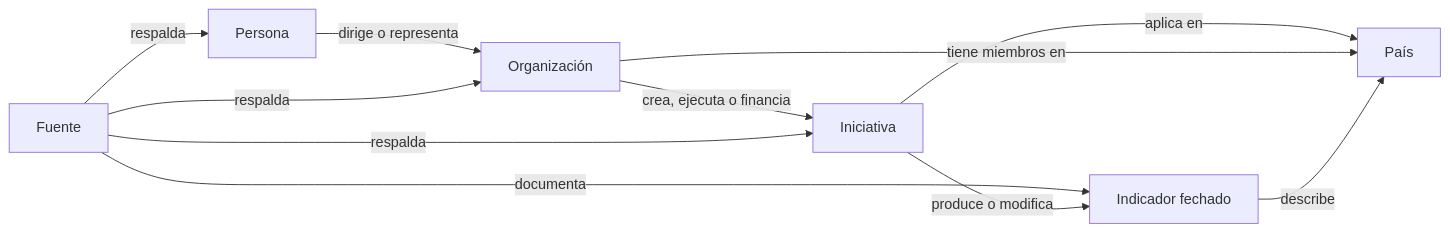
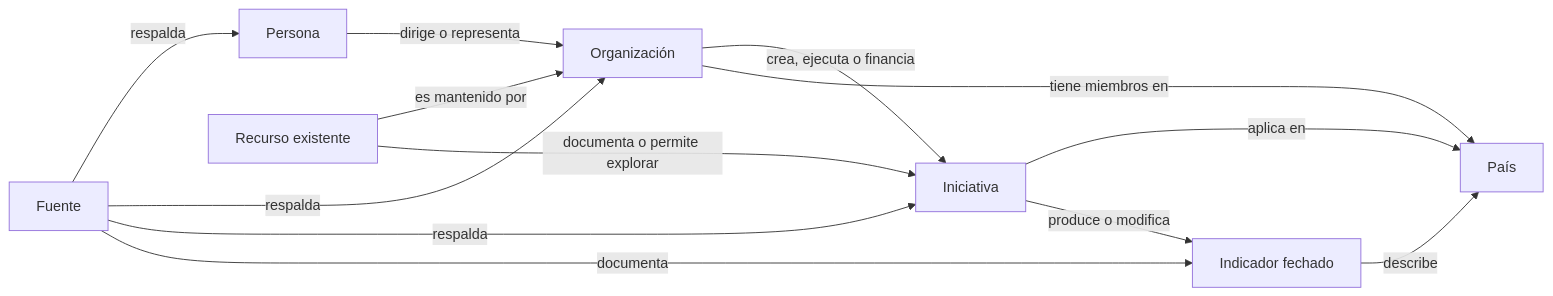
One commit to republicasunidas/republicas-unidas changed the diagram in ATLAS.md. Above: the diagram before and after it, drawn with Mermaid. The commit also changed other lines of this file and 3 other files, not shown here.

````diff
--- a/ATLAS.md
+++ b/ATLAS.md
@@ -25,13 +26,15 @@
 ```mermaid
 graph LR
   P["Persona"] -->|dirige o representa| O["Organización"]
   O -->|crea, ejecuta o financia| I["Iniciativa"]
   I -->|aplica en| C["País"]
   O -->|tiene miembros en| C
   D["Fuente"] -->|respalda| P
   D -->|respalda| O
   D -->|respalda| I
   N["Indicador fechado"] -->|describe| C
   D -->|documenta| N
   I -->|produce o modifica| N
+  R["Recurso existente"] -->|es mantenido por| O
+  R -->|documenta o permite explorar| I
 ```
````
